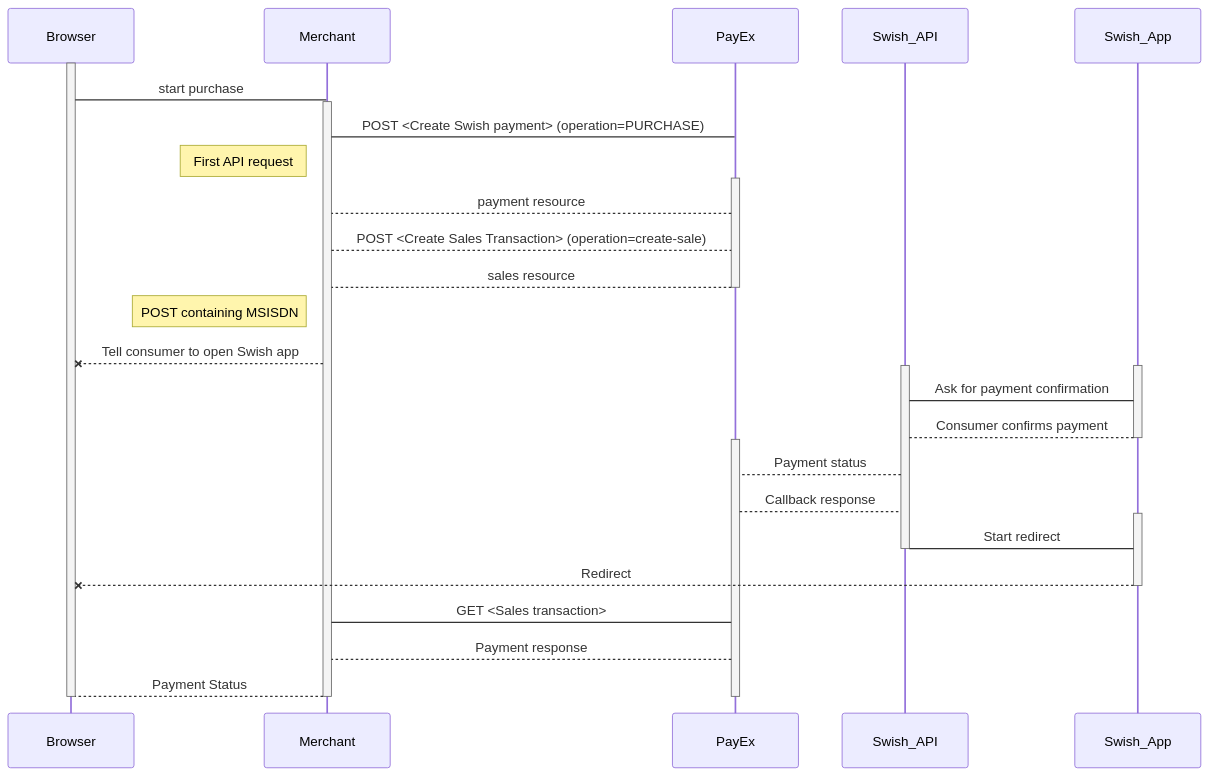
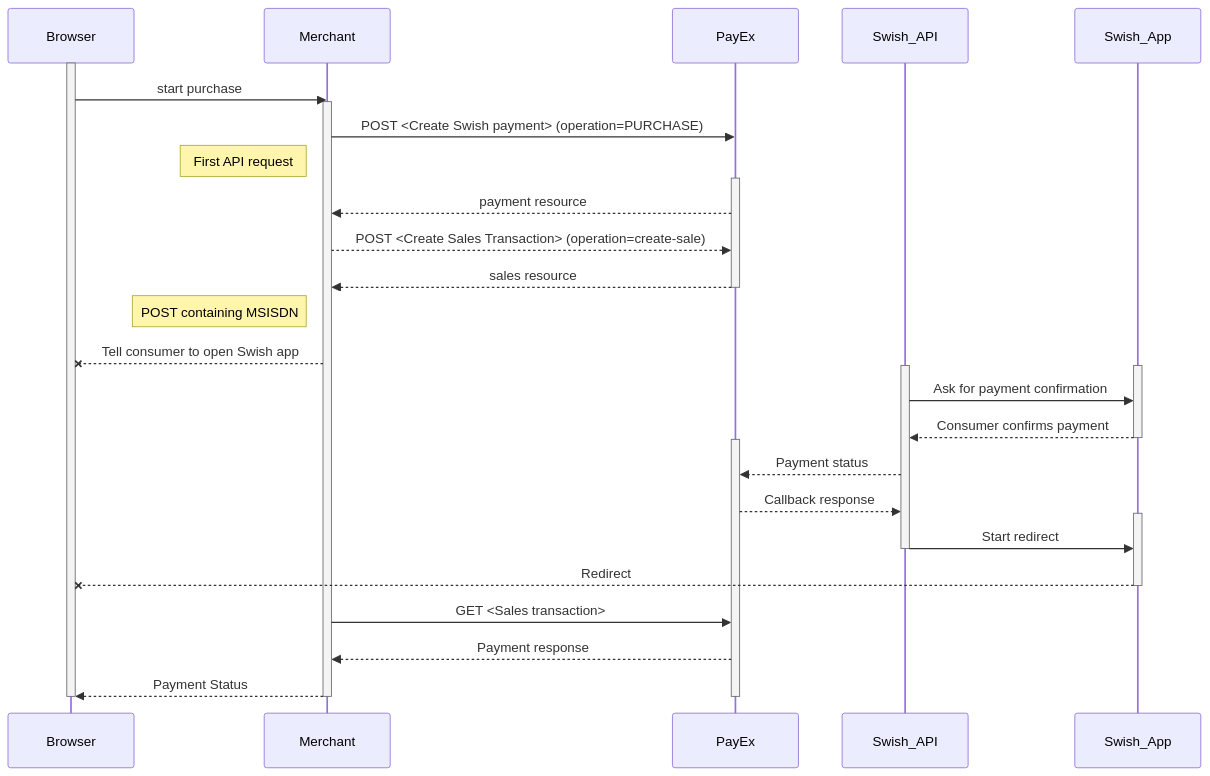
Before and after one commit to SwedbankPay/developer.swedbankpay.com: the first of 2 diagrams in payments/swish/seamless-view.md, drawn with Mermaid. The commit also changed other lines of this file and 3 other files, not shown here.

````diff
--- a/payments/swish/seamless-view.md
+++ b/payments/swish/seamless-view.md
@@ -50,39 +73,39 @@
 ```mermaid
 sequenceDiagram
-  Activate Browser
-  Browser->Merchant: start purchase
-  Activate Merchant
-  Merchant->PayEx: POST <Create Swish payment> (operation=PURCHASE)
+  activate Browser
+  Browser->>Merchant: start purchase
+  activate Merchant
+  Merchant->>PayEx: POST <Create Swish payment> (operation=PURCHASE)
   note left of Merchant: First API request
-  Activate PayEx
-  PayEx-->Merchant: payment resource
+  activate PayEx
+  PayEx-->>Merchant: payment resource
 
-  Merchant-->PayEx: POST <Create Sales Transaction> (operation=create-sale)
-  PayEx-->Merchant: sales resource
-  Deactivate PayEx
+  Merchant-->>PayEx: POST <Create Sales Transaction> (operation=create-sale)
+  PayEx-->>Merchant: sales resource
+  deactivate PayEx
   
   note left of Merchant: POST containing MSISDN
   Merchant--xBrowser: Tell consumer to open Swish app
   
-  Activate Swish_API
-  Activate Swish_App
-  Swish_API->Swish_App: Ask for payment confirmation
-  Swish_App-->Swish_API: Consumer confirms payment
-  Deactivate Swish_App
+  activate Swish_API
+  activate Swish_App
+  Swish_API->>Swish_App: Ask for payment confirmation
+  Swish_App-->>Swish_API: Consumer confirms payment
+  deactivate Swish_App
 
-  Activate PayEx
-  Swish_API-->PayEx: Payment status
-  PayEx-->Swish_API: Callback response
-  Activate Swish_App
-  Swish_API->Swish_App: Start redirect
-  Deactivate Swish_API
+  activate PayEx
+  Swish_API-->>PayEx: Payment status
+  PayEx-->>Swish_API: Callback response
+  activate Swish_App
+  Swish_API->>Swish_App: Start redirect
+  deactivate Swish_API
   
   Swish_App--xBrowser: Redirect
-  Deactivate Swish_App
-  Merchant->PayEx: GET <Sales transaction>
-  PayEx-->Merchant: Payment response
-  Merchant-->Browser: Payment Status
-  Deactivate Merchant 
-  Deactivate Browser
-  Deactivate PayEx
+  deactivate Swish_App
+  Merchant->>PayEx: GET <Sales transaction>
+  PayEx-->>Merchant: Payment response
+  Merchant-->>Browser: Payment Status
+  deactivate Merchant 
+  deactivate Browser
+  deactivate PayEx
 ```
````
